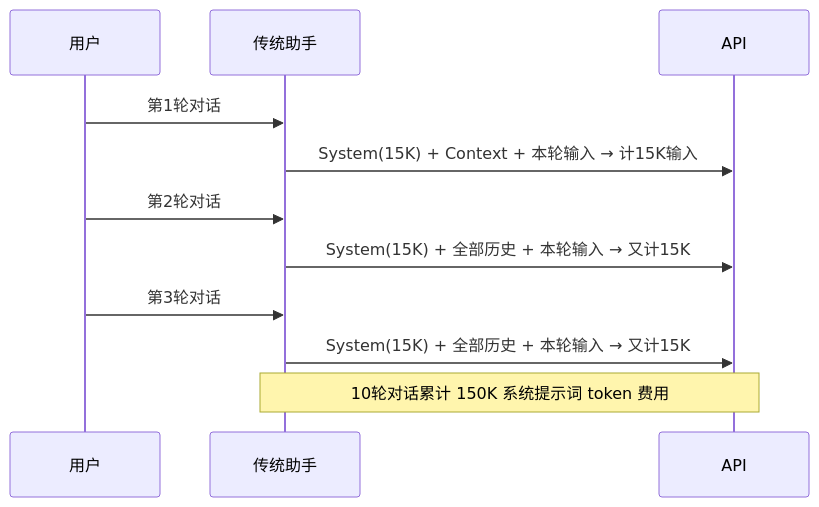
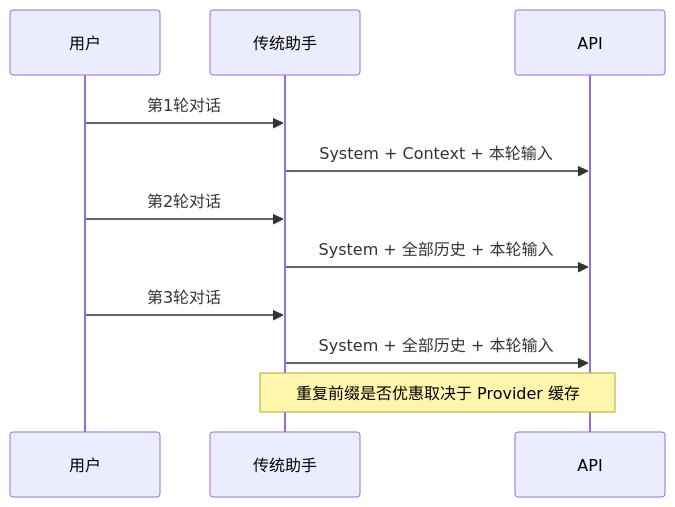
The first of 4 diagrams in src/content/docs/docs/features/context-engineering.mdx (KonghaYao/peri-cool), drawn with Mermaid before and after one commit. The commit also changed other lines of this file and 65 other files, not shown here.

````diff
--- a/src/content/docs/docs/features/context-engineering.mdx
+++ b/src/content/docs/docs/features/context-engineering.mdx
@@ -35,14 +35,14 @@
 ```mermaid
 sequenceDiagram
     participant U as 用户
     participant A as 传统助手
     participant API as API
 
     U->>A: 第1轮对话
-    A->>API: System(15K) + Context + 本轮输入 → 计15K输入
+    A->>API: System + Context + 本轮输入
     U->>A: 第2轮对话
-    A->>API: System(15K) + 全部历史 + 本轮输入 → 又计15K
+    A->>API: System + 全部历史 + 本轮输入
     U->>A: 第3轮对话
-    A->>API: System(15K) + 全部历史 + 本轮输入 → 又计15K
-    Note over A,API: 10轮对话累计 150K 系统提示词 token 费用
+    A->>API: System + 全部历史 + 本轮输入
+    Note over A,API: 重复前缀是否优惠取决于 Provider 缓存
 ```
````
